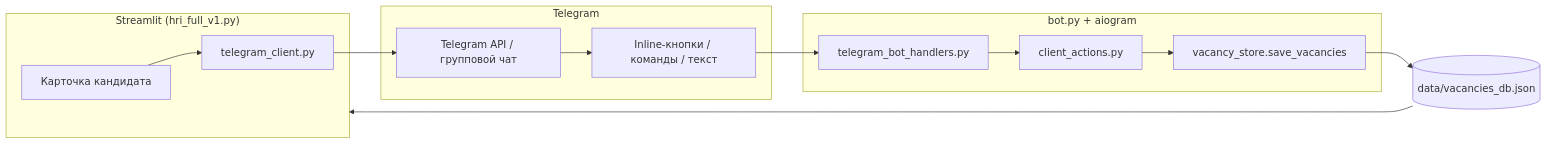
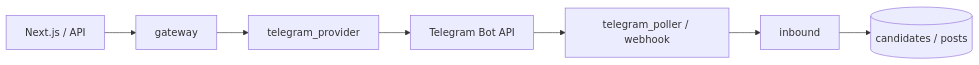
One commit to cerealex-creator/hr_ai_agent changed the second of 2 diagrams in ARCHITECTURE.md. Above: the diagram before and after it, drawn with Mermaid. The commit also changed other lines of this file and 46 other files, not shown here.

````diff
--- a/ARCHITECTURE.md
+++ b/ARCHITECTURE.md
@@ -137,20 +225,9 @@
 ```mermaid
 flowchart LR
-    subgraph HR_UI["Streamlit (hri_full_v1.py)"]
-        A[Карточка кандидата] --> B[telegram_client.py]
-    end
-
-    subgraph Telegram
-        B --> C[Telegram API / групповой чат]
-        C --> D[Inline-кнопки / команды / текст]
-    end
-
-    subgraph Bot["bot.py + aiogram"]
-        D --> E[telegram_bot_handlers.py]
-        E --> F[client_actions.py]
-        F --> G[vacancy_store.save_vacancies]
-    end
-
-    G --> H[(data/vacancies_db.json)]
-    H --> HR_UI
+  UI[Next.js / API] --> GW[gateway]
+  GW --> TG[telegram_provider]
+  TG --> API[Telegram Bot API]
+  API --> POLL[telegram_poller / webhook]
+  POLL --> IN[inbound]
+  IN --> PG[(candidates / posts)]
 ```
````
